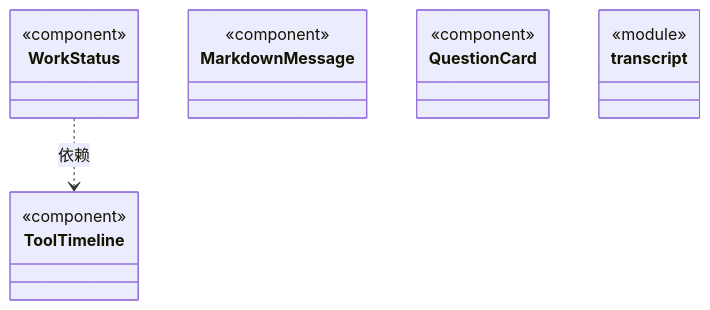
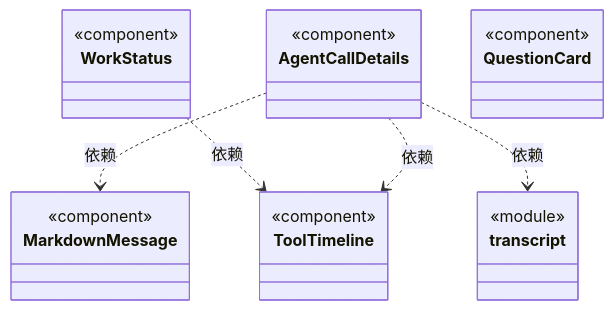
One commit to nan023062/cbim changed the diagram in src/view/execution-view/ARCHITECTURE.md. Above: the diagram before and after it, drawn with Mermaid. The commit also changed other lines of this file and 136 other files, not shown here.

````diff
--- a/src/view/execution-view/ARCHITECTURE.md
+++ b/src/view/execution-view/ARCHITECTURE.md
@@ -23,24 +26,31 @@
 ```mermaid
 classDiagram
+class N_55fd79899bee["AgentCallDetails"] {
+  <<component>>
+}
+click N_55fd79899bee href "AgentCallDetails.tsx"
+class N_1dca04f0120e["MarkdownMessage"] {
+  <<component>>
+}
+click N_1dca04f0120e href "MarkdownMessage.tsx"
 class N_024d4d4e5bf8["ToolTimeline"] {
   <<component>>
 }
 click N_024d4d4e5bf8 href "ToolTimeline.tsx"
+class N_8cfe1bc3fd78["transcript"] {
+  <<module>>
+}
+click N_8cfe1bc3fd78 href "transcript.ts"
 class N_2ac64a3ad96a["WorkStatus"] {
   <<component>>
 }
 click N_2ac64a3ad96a href "WorkStatus.tsx"
-class N_1dca04f0120e["MarkdownMessage"] {
-  <<component>>
-}
-click N_1dca04f0120e href "MarkdownMessage.tsx"
 class N_daa155c19dfb["QuestionCard"] {
   <<component>>
 }
 click N_daa155c19dfb href "QuestionCard.tsx"
-class N_8cfe1bc3fd78["transcript"] {
-  <<module>>
-}
-click N_8cfe1bc3fd78 href "transcript.ts"
 N_2ac64a3ad96a ..> N_024d4d4e5bf8 : 依赖
+N_55fd79899bee ..> N_1dca04f0120e : 依赖
+N_55fd79899bee ..> N_024d4d4e5bf8 : 依赖
+N_55fd79899bee ..> N_8cfe1bc3fd78 : 依赖
 ```
````
